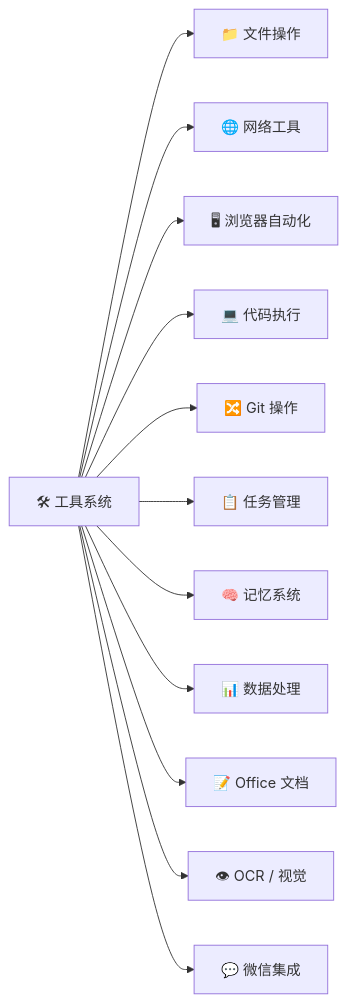
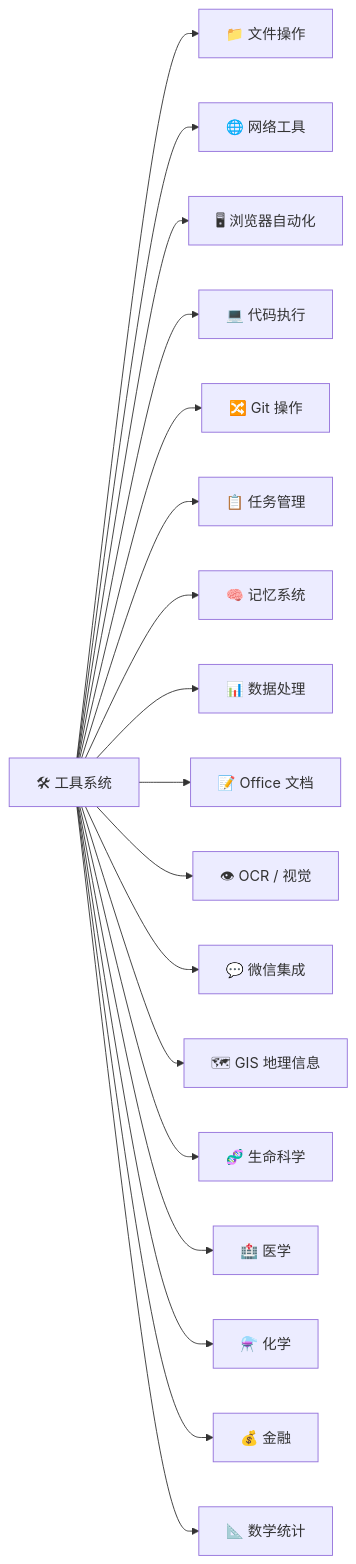
One commit to 1486853830/CogitoAgent changed the first of 3 diagrams in README.zh.md. Above: the diagram before and after it, drawn with Mermaid. The commit also changed other lines of this file and 10 other files, not shown here.

````diff
--- a/README.zh.md
+++ b/README.zh.md
@@ -87,15 +87,21 @@
 ```mermaid
 flowchart LR
   Tools["🛠 工具系统"]
   Tools --> File["📁 文件操作"]
   Tools --> Web["🌐 网络工具"]
   Tools --> Browser["🖥 浏览器自动化"]
   Tools --> Code["💻 代码执行"]
   Tools --> Git["🔀 Git 操作"]
   Tools --> Task["📋 任务管理"]
   Tools --> Memory["🧠 记忆系统"]
   Tools --> Data["📊 数据处理"]
   Tools --> Office["📝 Office 文档"]
   Tools --> OCR["👁 OCR / 视觉"]
   Tools --> Wx["💬 微信集成"]
+  Tools --> GIS["🗺 GIS 地理信息"]
+  Tools --> Bio["🧬 生命科学"]
+  Tools --> Med["🏥 医学"]
+  Tools --> Chem["⚗️ 化学"]
+  Tools --> Fin["💰 金融"]
+  Tools --> Math["📐 数学统计"]
 ```
````
